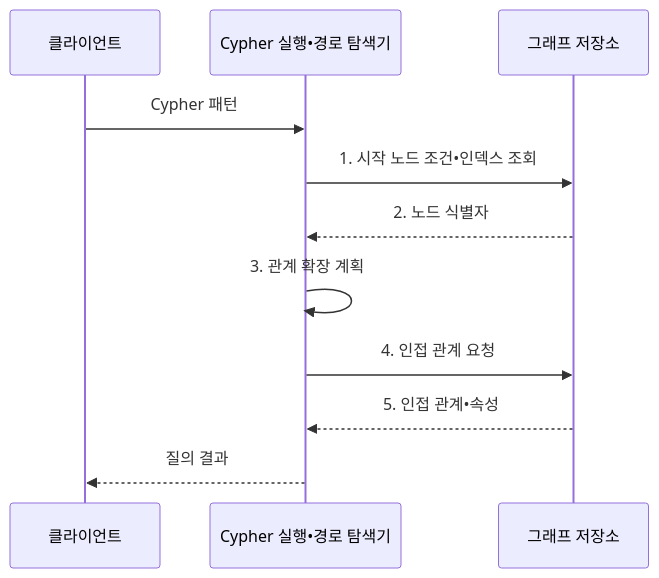
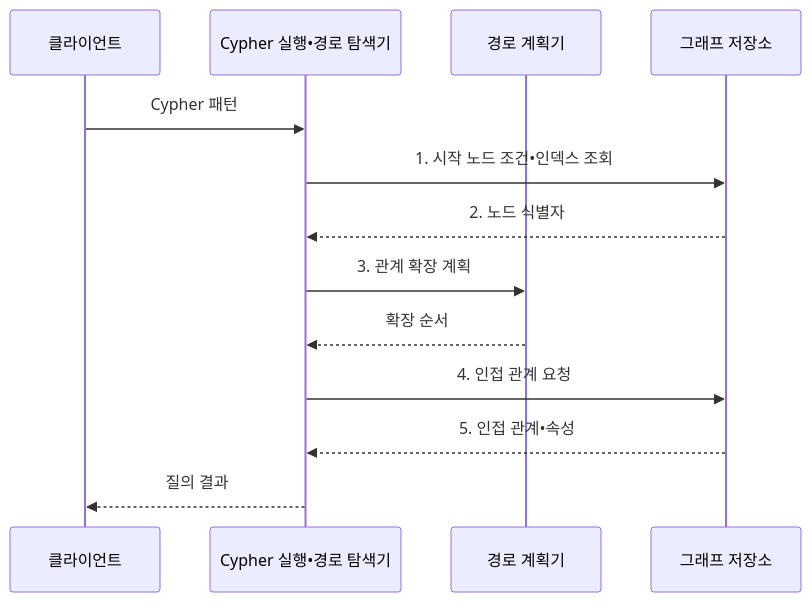
The second of 2 diagrams in src/content/docs/notes/03-software/109_neo4j_graph_database.md (agnusdei1207/knowledge-base), drawn with Mermaid before and after one commit. The commit also changed other lines of this file and 13 other files, not shown here.

````diff
--- a/src/content/docs/notes/03-software/109_neo4j_graph_database.md
+++ b/src/content/docs/notes/03-software/109_neo4j_graph_database.md
@@ -116,13 +116,15 @@
 ```mermaid
 sequenceDiagram
     participant C as 클라이언트
     participant P as Cypher 실행•경로 탐색기
+    participant O as 경로 계획기
     participant G as 그래프 저장소
     C->>P: Cypher 패턴
     P->>G: 1. 시작 노드 조건•인덱스 조회
     G-->>P: 2. 노드 식별자
-    P->>P: 3. 관계 확장 계획
+    P->>O: 3. 관계 확장 계획
+    O-->>P: 확장 순서
     P->>G: 4. 인접 관계 요청
     G-->>P: 5. 인접 관계•속성
     P-->>C: 질의 결과
 ```
````
